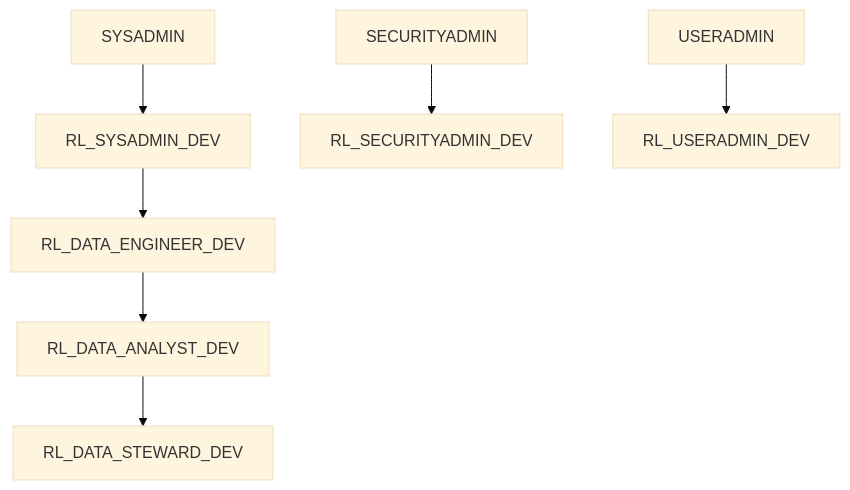
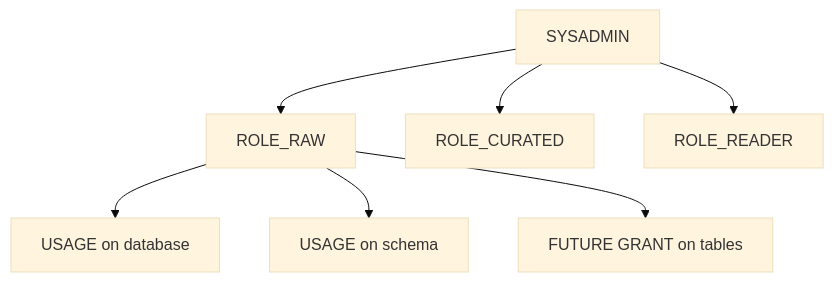
The second of 2 diagrams in courses/day-04/module-11-rbac/lab.md (msellamiTN/Snowflake-terraform), drawn with Mermaid (base theme) before and after one commit. The commit also changed other lines of this file and 10 other files, not shown here.

````diff
--- a/courses/day-04/module-11-rbac/lab.md
+++ b/courses/day-04/module-11-rbac/lab.md
@@ -259,9 +24,9 @@
 ```mermaid
 flowchart TD
-    SYS[SYSADMIN] --> RL_SYS[RL_SYSADMIN_DEV]
-    SEC[SECURITYADMIN] --> RL_SEC[RL_SECURITYADMIN_DEV]
-    USR[USERADMIN] --> RL_USR[RL_USERADMIN_DEV]
-    RL_SYS --> RL_ENG[RL_DATA_ENGINEER_DEV]
-    RL_ENG --> RL_ANA[RL_DATA_ANALYST_DEV]
-    RL_ANA --> RL_STE[RL_DATA_STEWARD_DEV]
+    SYSADMIN --> ROLE_RAW[ROLE_RAW]
+    SYSADMIN --> ROLE_CURATED[ROLE_CURATED]
+    SYSADMIN --> ROLE_READER[ROLE_READER]
+    ROLE_RAW --> GRANT_DB[USAGE on database]
+    ROLE_RAW --> GRANT_SCHEMA[USAGE on schema]
+    ROLE_RAW --> FUTURE[FUTURE GRANT on tables]
 ```
````
